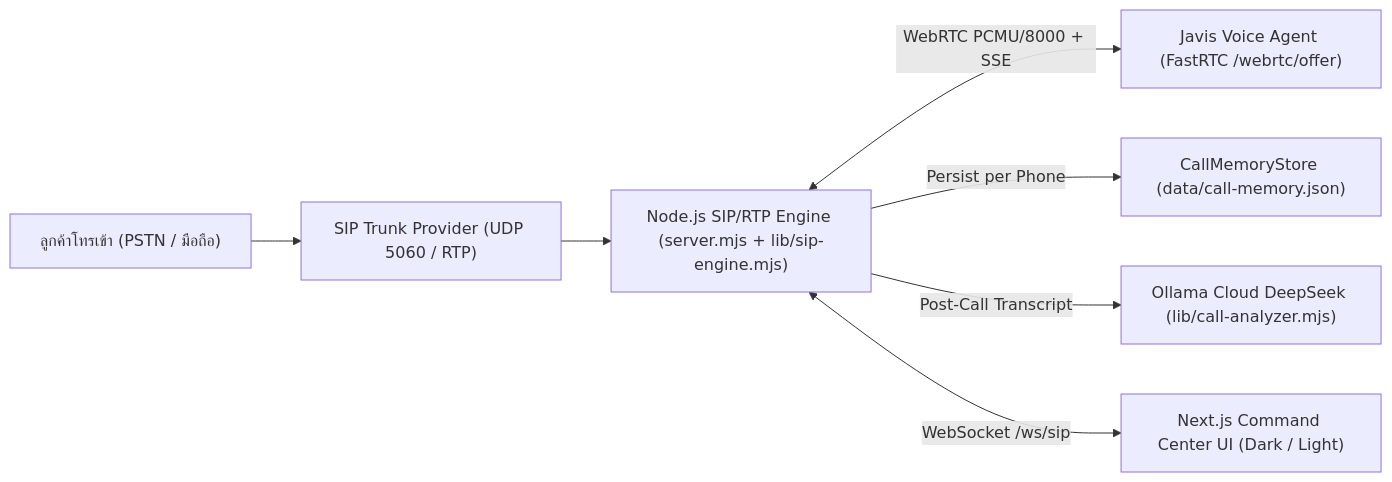
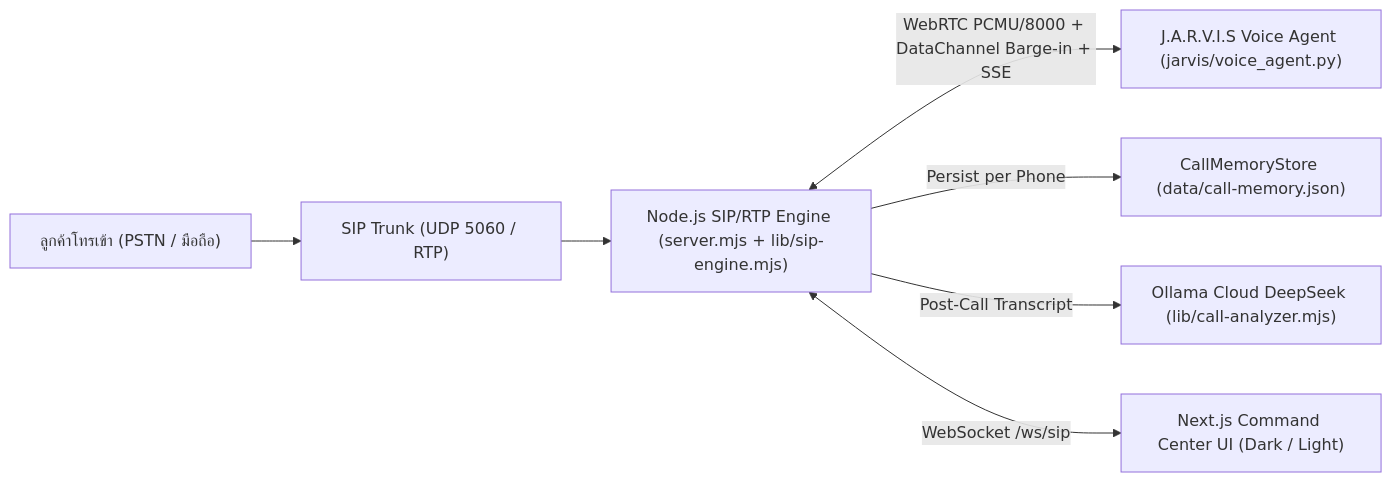
Before and after one commit to jaturapornchai/bccallcenter: the diagram in README.md, drawn with Mermaid. The commit also changed other lines of this file and 25 other files, not shown here.

Commit message:
feat: merge J.A.R.V.I.S voice agent into monorepo, rename Javis -> J.A.R.V.I.S, drop javis.bcsmethai.com, update README

````diff
--- a/README.md
+++ b/README.md
@@ -22,9 +22,9 @@
 ```mermaid
 flowchart LR
-    Caller["ลูกค้าโทรเข้า (PSTN / มือถือ)"] --> SIP["SIP Trunk Provider (UDP 5060 / RTP)"]
+    Caller["ลูกค้าโทรเข้า (PSTN / มือถือ)"] --> SIP["SIP Trunk (UDP 5060 / RTP)"]
     SIP --> Engine["Node.js SIP/RTP Engine (server.mjs + lib/sip-engine.mjs)"]
-    Engine <-->|WebRTC PCMU/8000 + SSE| Javis["Javis Voice Agent (FastRTC /webrtc/offer)"]
+    Engine <-->|WebRTC PCMU/8000 + DataChannel Barge-in + SSE| Jarvis["J.A.R.V.I.S Voice Agent (jarvis/voice_agent.py)"]
     Engine -->|Persist per Phone| Mem["CallMemoryStore (data/call-memory.json)"]
     Engine -->|Post-Call Transcript| QA["Ollama Cloud DeepSeek (lib/call-analyzer.mjs)"]
     Engine <-->|WebSocket /ws/sip| UI["Next.js Command Center UI (Dark / Light)"]
 ```
````
